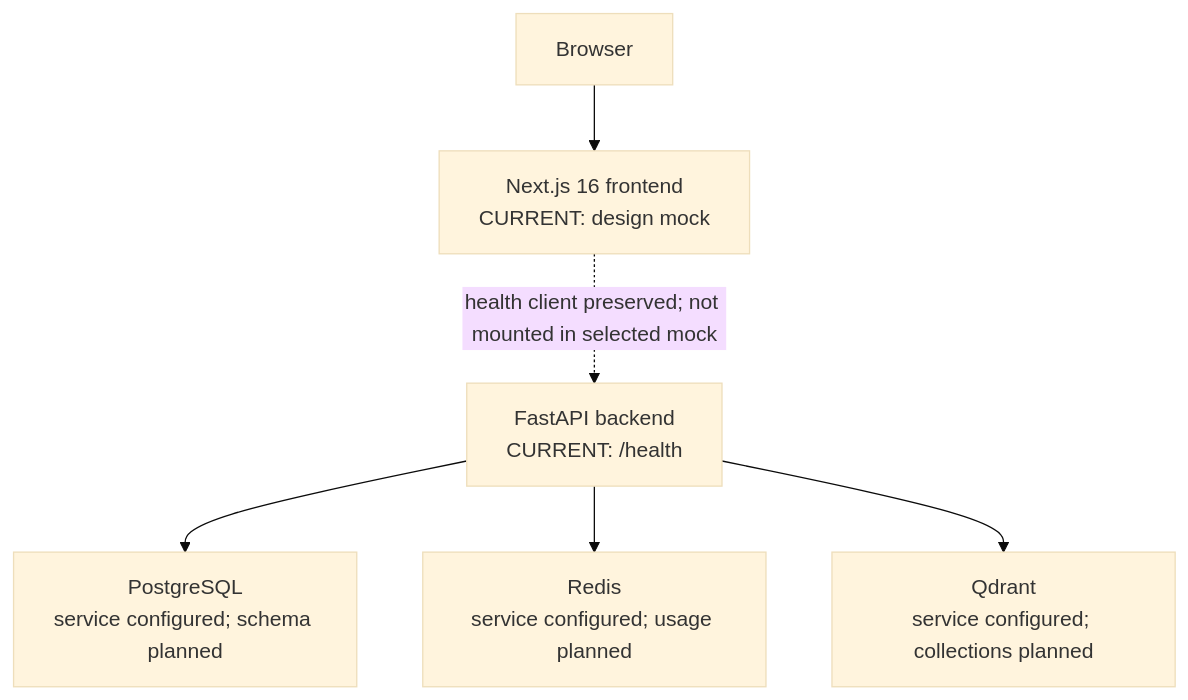
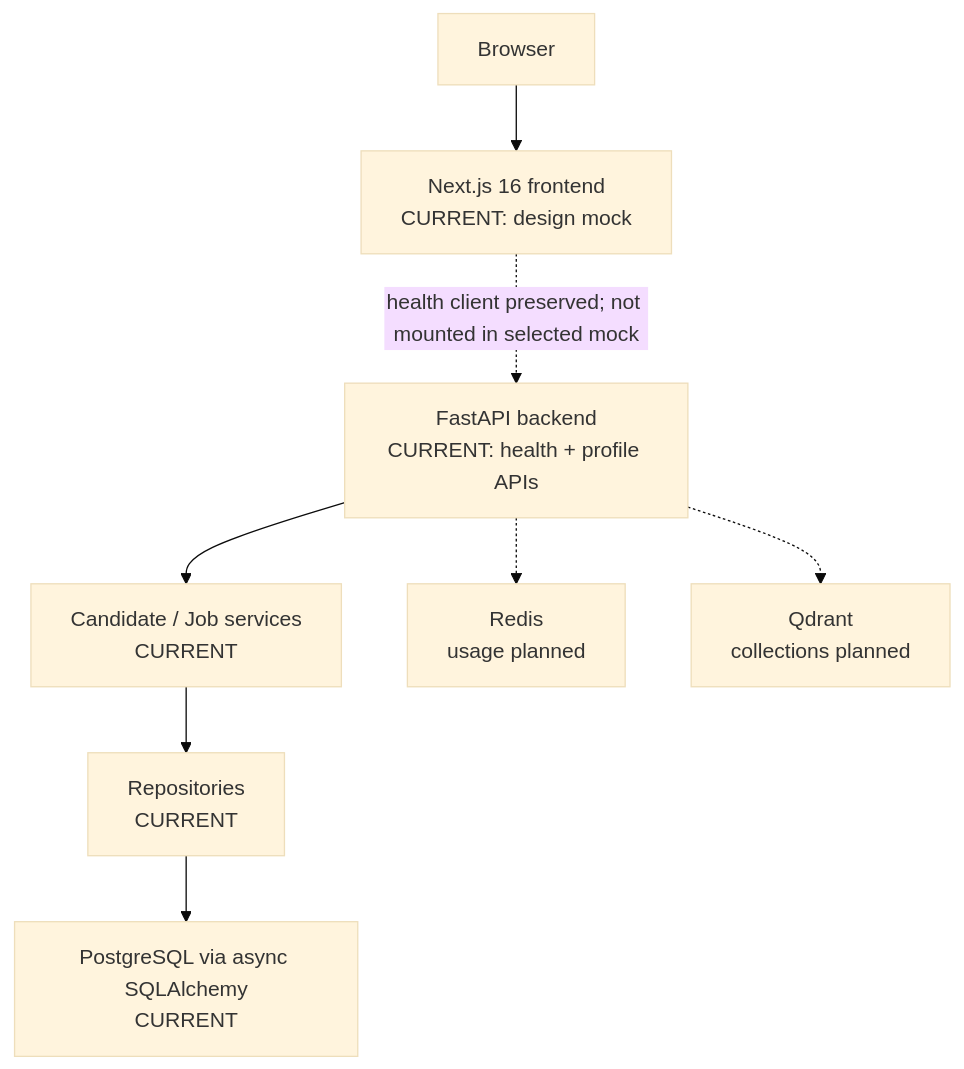
The first of 2 diagrams in docs/architecture.md (rM0on/peoplematch-agent), drawn with Mermaid (base theme) before and after one commit. The commit also changed other lines of this file and 39 other files, not shown here.

Commit message:
feat: add candidate and job persistence layer

````diff
--- a/docs/architecture.md
+++ b/docs/architecture.md
@@ -25,8 +25,10 @@
 ```mermaid
 flowchart TD
     Browser["Browser"] --> Next["Next.js 16 frontend\nCURRENT: design mock"]
-    Next -. "health client preserved; not mounted in selected mock" .-> FastAPI["FastAPI backend\nCURRENT: /health"]
-    FastAPI --> PG["PostgreSQL\nservice configured; schema planned"]
-    FastAPI --> Redis["Redis\nservice configured; usage planned"]
-    FastAPI --> Qdrant["Qdrant\nservice configured; collections planned"]
+    Next -. "health client preserved; not mounted in selected mock" .-> FastAPI["FastAPI backend\nCURRENT: health + profile APIs"]
+    FastAPI --> Service["Candidate / Job services\nCURRENT"]
+    Service --> Repository["Repositories\nCURRENT"]
+    Repository --> PG["PostgreSQL via async SQLAlchemy\nCURRENT"]
+    FastAPI -.-> Redis["Redis\nusage planned"]
+    FastAPI -.-> Qdrant["Qdrant\ncollections planned"]
 ```
````
